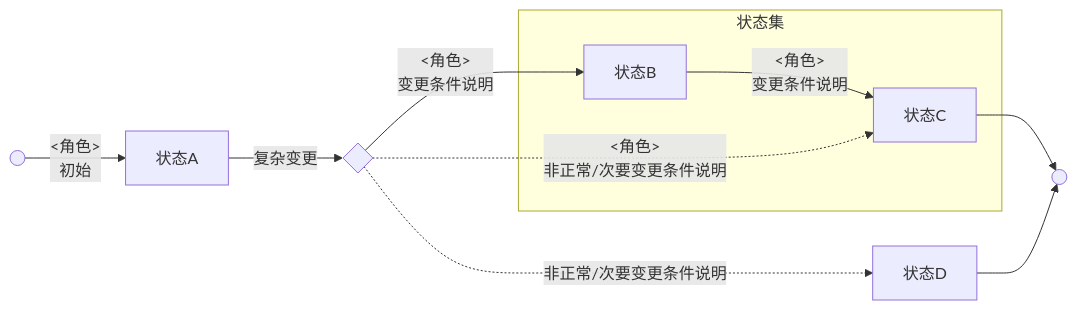
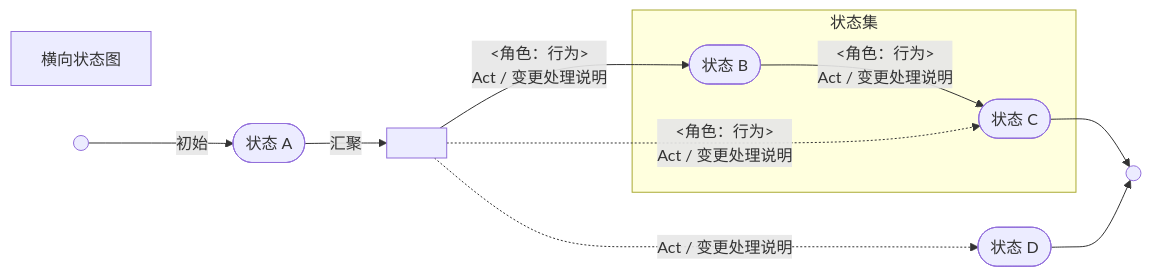
One commit to MadMaxChow/VLOOK changed the fourth of 5 diagrams in released/demo/guide.md. Above: the diagram before and after it, drawn with Mermaid. The commit also changed other lines of this file and 69 other files, not shown here.

````diff
--- a/released/demo/guide.md
+++ b/released/demo/guide.md
@@ -2096,20 +2295,22 @@
 ```mermaid
 graph LR
+横向状态图
 %% 图的方向说明
 %% LR：从左到图，RL：从右到左，TB：从上到下，BT：从下到上
 
 %% 正常情况
-INIT(( )) -->	|<角色><br>初始|A[状态A]
-A --> |复杂变更|trans1{ }
-trans1 --> |<角色><br>变更条件说明|B[状态B]
+INIT(( )) -->	|初始|A([状态 A])
+%% joinv 表示汇聚为竖向样式，join 表示汇聚为横向样式
+A --> |汇聚|joinv1[ ]
+joinv1 --> |"<角色：行为>"<br>Act / 变更处理说明|B([状态 B])
 subgraph 状态集
-	B --> |<角色><br>变更条件说明|C[状态C]
+	B --> |"<角色：行为>"<br>Act / 变更处理说明|C([状态 C])
 end
 C --> FINAL
 
 %% 异常情况
-trans1 -.-> |<角色><br>非正常/次要变更条件说明|C
-trans1 -.-> |非正常/次要变更条件说明|D[状态D]
+joinv1 -.-> |"<角色：行为>"<br>Act / 变更处理说明|C
+joinv1 -.-> |Act / 变更处理说明|D([状态 D])
 D --> FINAL
 FINAL(( ))
 ```
````
